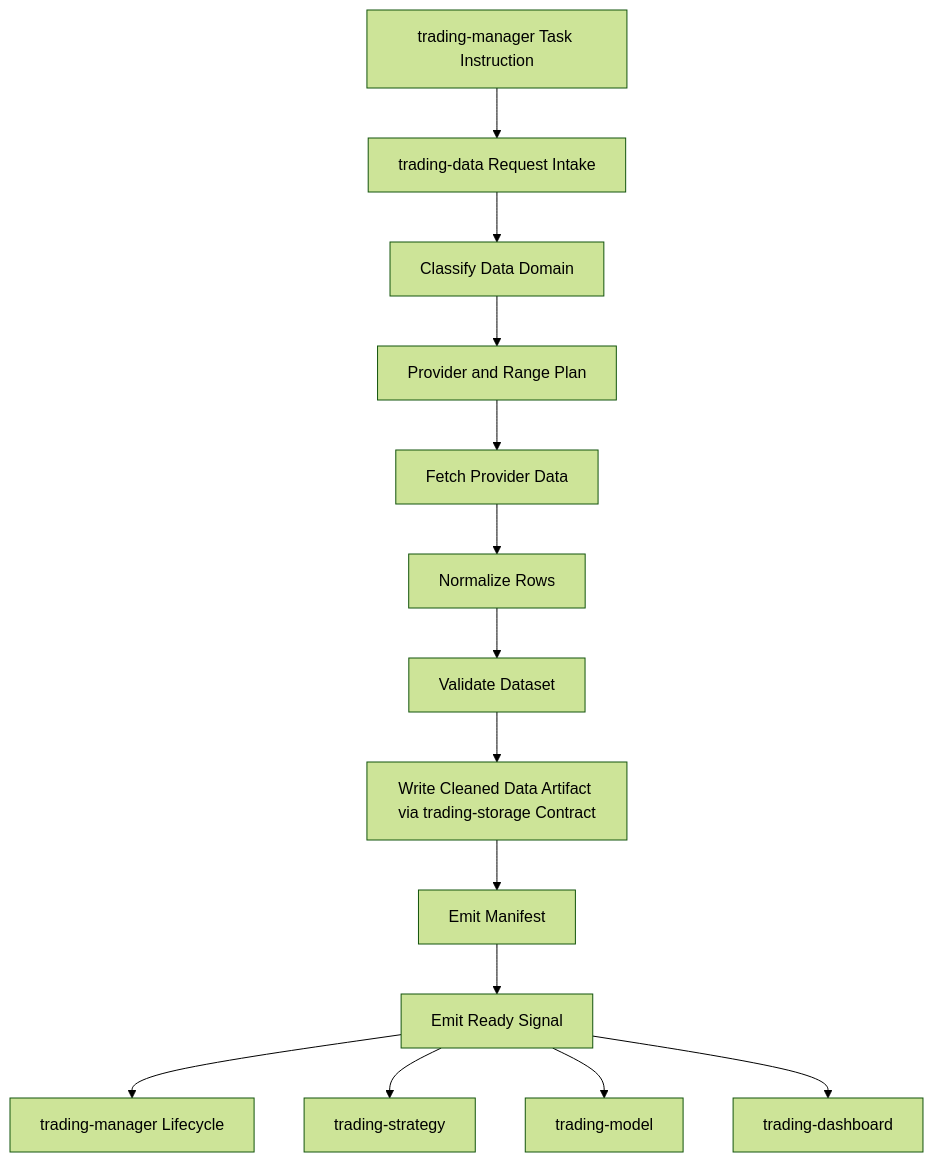
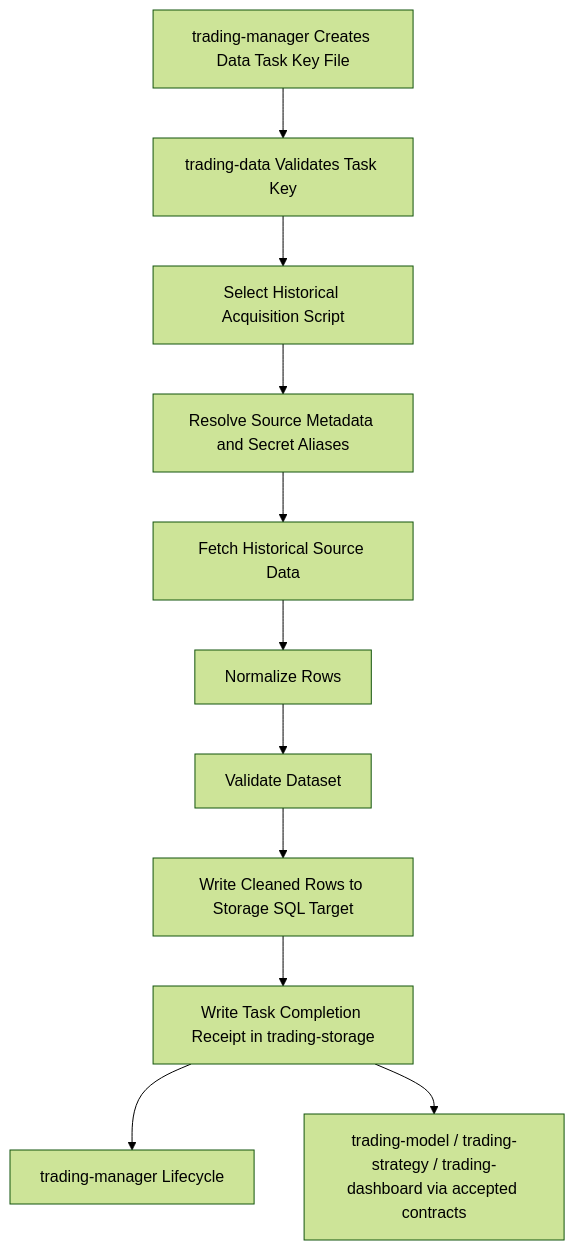
One commit to gilmore307/trading-data changed the diagram in docs/02_workflow.md. Above: the diagram before and after it, drawn with Mermaid (forest theme). The commit also changed other lines of this file and 7 other files, not shown here.

Commit message:
Document manager driven data workflow

````diff
--- a/docs/02_workflow.md
+++ b/docs/02_workflow.md
@@ -29,16 +33,13 @@
 ```mermaid
 flowchart TD
-  A[trading-manager Task Instruction] --> B[trading-data Request Intake]
-  B --> C[Classify Data Domain]
-  C --> D[Provider and Range Plan]
-  D --> E[Fetch Provider Data]
+  A[trading-manager Creates Data Task Key File] --> B[trading-data Validates Task Key]
+  B --> C[Select Historical Acquisition Script]
+  C --> D[Resolve Source Metadata and Secret Aliases]
+  D --> E[Fetch Historical Source Data]
   E --> F[Normalize Rows]
   F --> G[Validate Dataset]
-  G --> H[Write Cleaned Data Artifact via trading-storage Contract]
-  H --> I[Emit Manifest]
-  I --> J[Emit Ready Signal]
-  J --> K[trading-manager Lifecycle]
-  J --> L[trading-strategy]
-  J --> M[trading-model]
-  J --> N[trading-dashboard]
+  G --> H[Write Cleaned Rows to Storage SQL Target]
+  H --> I[Write Task Completion Receipt in trading-storage]
+  I --> J[trading-manager Lifecycle]
+  I --> K[trading-model / trading-strategy / trading-dashboard via accepted contracts]
 ```
````
